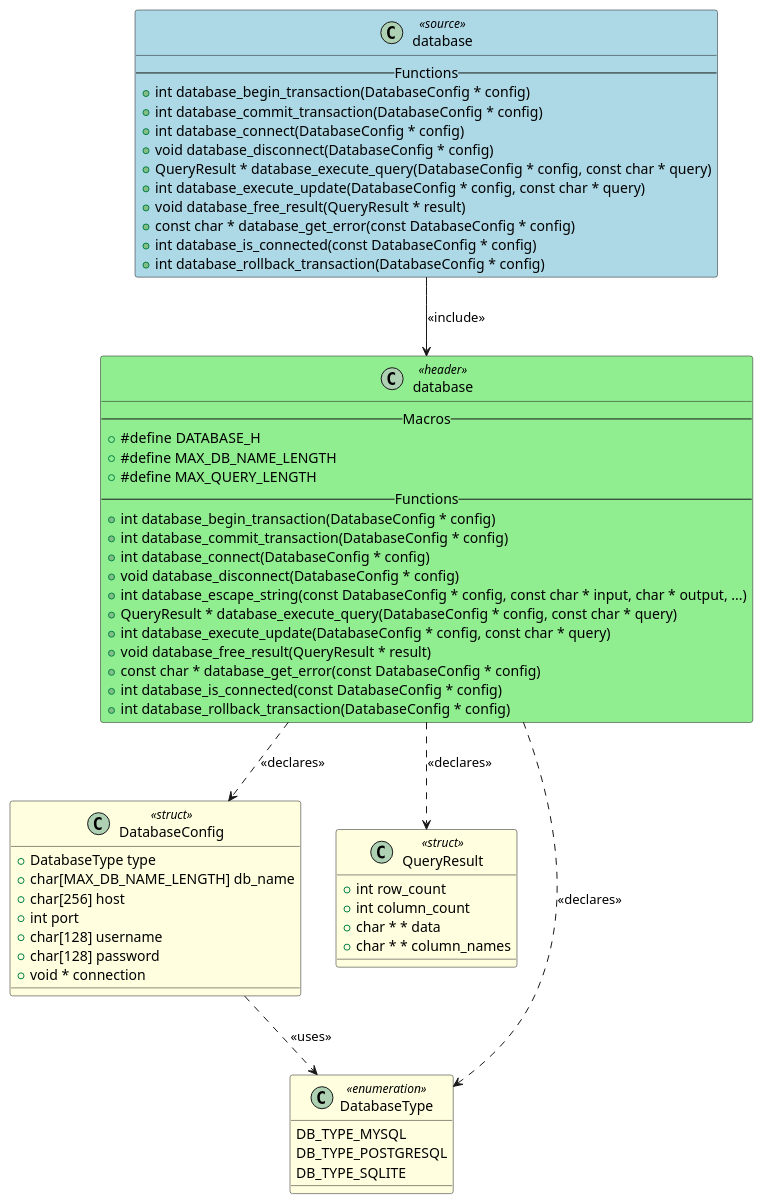
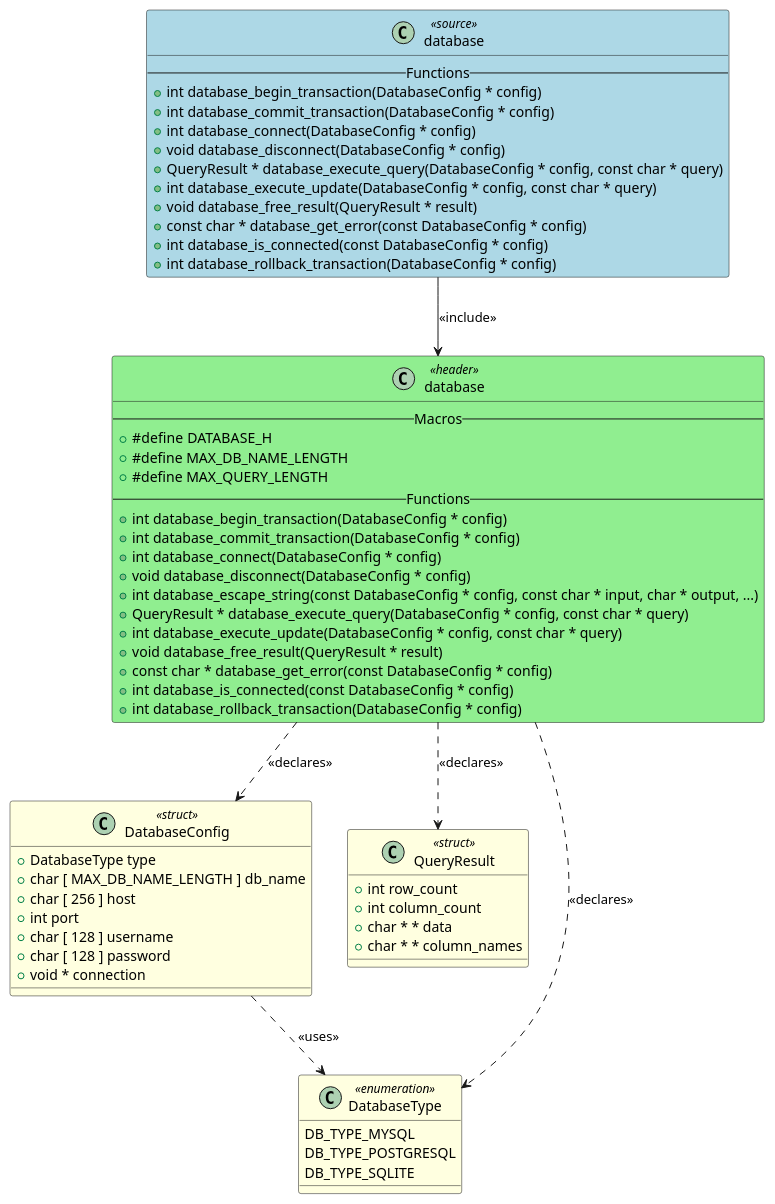
One commit to fischerjooo/c2puml changed the diagram in artifacts/output_example/database.puml. Above: the diagram before and after it, drawn with PlantUML. The commit also changed 10 other files, not shown here.

```diff
--- a/artifacts/output_example/database.puml
+++ b/artifacts/output_example/database.puml
@@ -1,76 +1,76 @@
 @startuml database
 
 class "database" as DATABASE <<source>> #LightBlue
 {
     -- Functions --
     + int database_begin_transaction(DatabaseConfig * config)
     + int database_commit_transaction(DatabaseConfig * config)
     + int database_connect(DatabaseConfig * config)
     + void database_disconnect(DatabaseConfig * config)
     + QueryResult * database_execute_query(DatabaseConfig * config, const char * query)
     + int database_execute_update(DatabaseConfig * config, const char * query)
     + void database_free_result(QueryResult * result)
     + const char * database_get_error(const DatabaseConfig * config)
     + int database_is_connected(const DatabaseConfig * config)
     + int database_rollback_transaction(DatabaseConfig * config)
 }
 
 class "database" as HEADER_DATABASE <<header>> #LightGreen
 {
     -- Macros --
     + #define DATABASE_H
     + #define MAX_DB_NAME_LENGTH
     + #define MAX_QUERY_LENGTH
     -- Functions --
     + int database_begin_transaction(DatabaseConfig * config)
     + int database_commit_transaction(DatabaseConfig * config)
     + int database_connect(DatabaseConfig * config)
     + void database_disconnect(DatabaseConfig * config)
     + int database_escape_string(const DatabaseConfig * config, const char * input, char * output, ...)
     + QueryResult * database_execute_query(DatabaseConfig * config, const char * query)
     + int database_execute_update(DatabaseConfig * config, const char * query)
     + void database_free_result(QueryResult * result)
     + const char * database_get_error(const DatabaseConfig * config)
     + int database_is_connected(const DatabaseConfig * config)
     + int database_rollback_transaction(DatabaseConfig * config)
 }
 
 class "DatabaseConfig" as TYPEDEF_DATABASECONFIG <<struct>> #LightYellow
 {
     + DatabaseType type
-    + char[MAX_DB_NAME_LENGTH] db_name
-    + char[256] host
+    + char [ MAX_DB_NAME_LENGTH ] db_name
+    + char [ 256 ] host
     + int port
-    + char[128] username
-    + char[128] password
+    + char [ 128 ] username
+    + char [ 128 ] password
     + void * connection
 }
 
 class "QueryResult" as TYPEDEF_QUERYRESULT <<struct>> #LightYellow
 {
     + int row_count
     + int column_count
     + char * * data
     + char * * column_names
 }
 
 class "DatabaseType" as TYPEDEF_DATABASETYPE <<enumeration>> #LightYellow
 {
     DB_TYPE_MYSQL
     DB_TYPE_POSTGRESQL
     DB_TYPE_SQLITE
 }
 
 
 ' Include relationships
 DATABASE --> HEADER_DATABASE : <<include>>
 
 ' Declaration relationships
 HEADER_DATABASE ..> TYPEDEF_DATABASECONFIG : <<declares>>
 HEADER_DATABASE ..> TYPEDEF_QUERYRESULT : <<declares>>
 HEADER_DATABASE ..> TYPEDEF_DATABASETYPE : <<declares>>
 
 ' Uses relationships
 TYPEDEF_DATABASECONFIG ..> TYPEDEF_DATABASETYPE : <<uses>>
 
 @enduml
```
